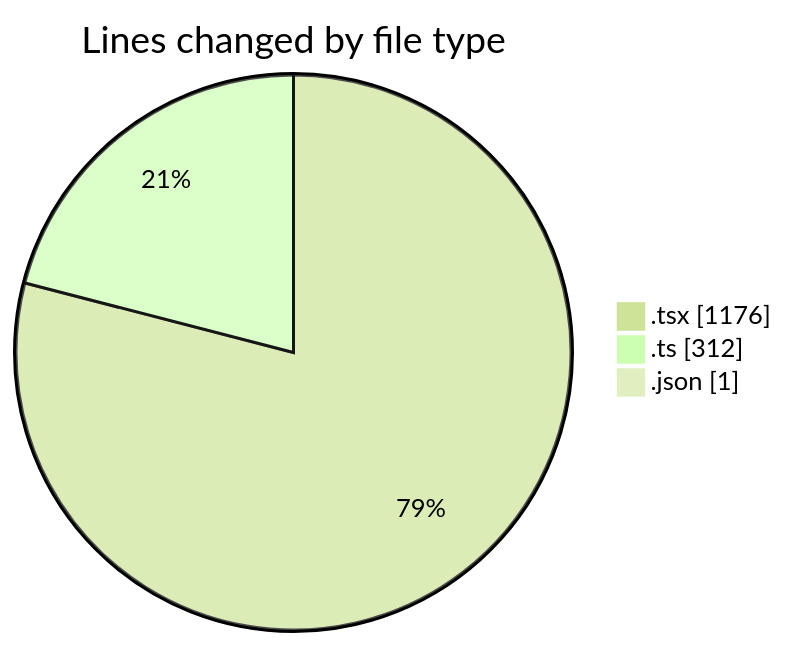
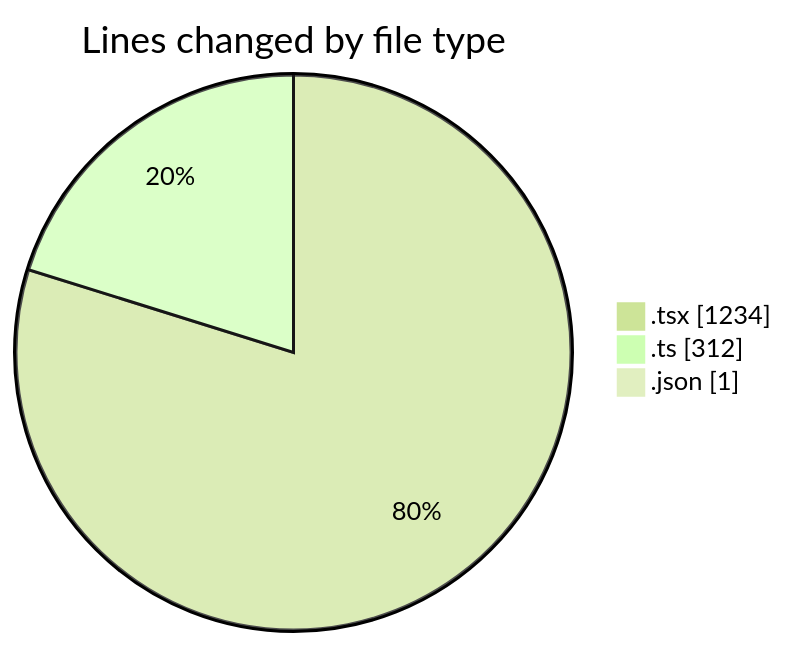
One commit to julien-gomy/code-tracking changed the first of 2 diagrams in 2025-10-08/eventscop-frontend-guide__workspace_/README.md. Above: the diagram before and after it, drawn with Mermaid (forest theme). The commit also changed other lines of this file and 1 other file, not shown here.

````diff
--- a/2025-10-08/eventscop-frontend-guide__workspace_/README.md
+++ b/2025-10-08/eventscop-frontend-guide__workspace_/README.md
@@ -28,7 +28,7 @@
 ```mermaid
 pie showData
 title Lines changed by file type
-".tsx" : 1176
+".tsx" : 1234
 ".ts" : 312
 ".json" : 1
 ```
````
